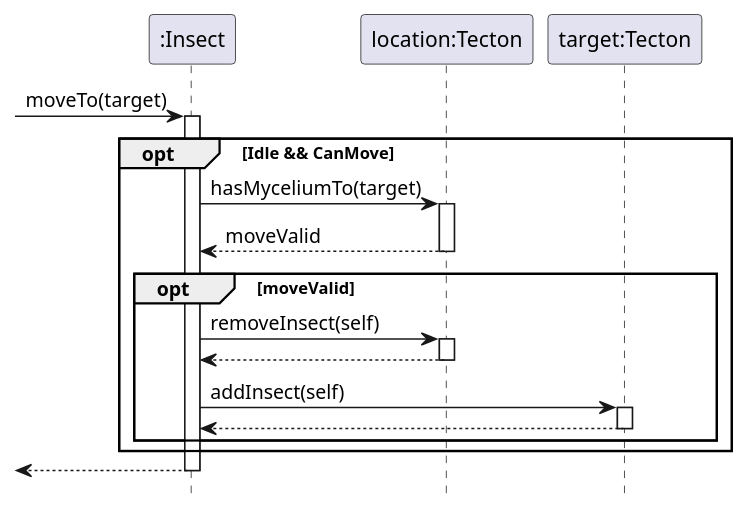
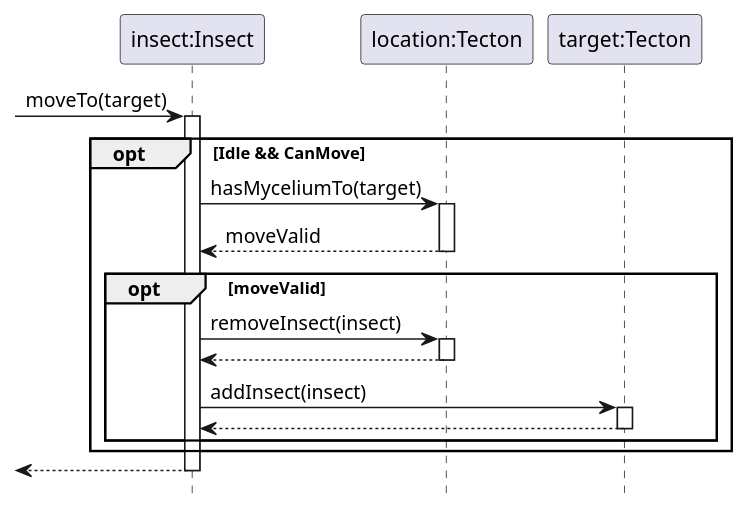
One commit to ZD4ve/projlab-error521 changed the diagram in Insect/move.pu. Above: the diagram before and after it, drawn with PlantUML. The commit also changed 9 other files, not shown here.

```diff
--- a/Insect/move.pu
+++ b/Insect/move.pu
@@ -1,35 +1,35 @@
 @startuml Insect/move
 hide footbox
 
-participant ":Insect" as insect
+participant "insect:Insect" as insect
 participant "location:Tecton" as location
 participant "target:Tecton" as target
 
 
 -> insect : moveTo(target)
 activate insect
 
 opt Idle && CanMove
 
     insect -> location : hasMyceliumTo(target)
     activate location
 
     return moveValid
     deactivate location
 
     opt moveValid
 
-        insect -> location : removeInsect(self)
+        insect -> location : removeInsect(insect)
         activate location
         return
         
-        insect -> target : addInsect(self)
+        insect -> target : addInsect(insect)
         activate target
         return
     end
 end
 
 <-- insect
 deactivate insect
 
 @enduml
```
